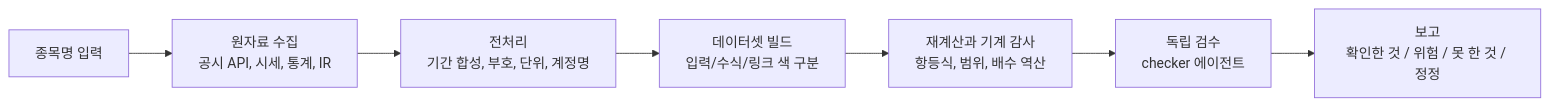
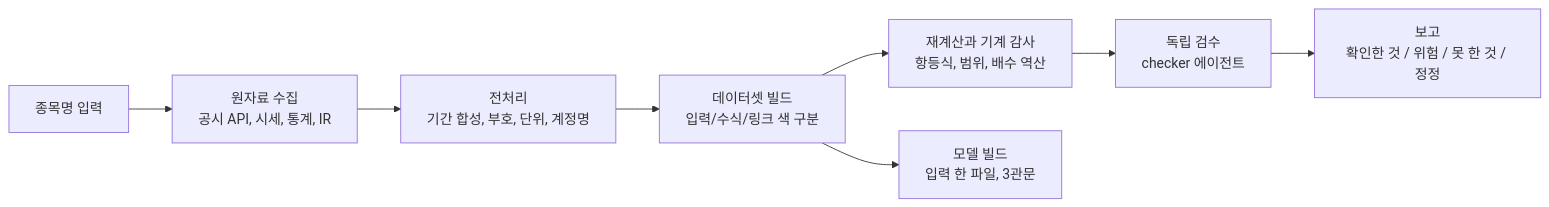
One commit to dhpark19955-code/claude-code-data-portfolio changed the diagram in README.md. Above: the diagram before and after it, drawn with Mermaid. The commit also changed other lines of this file and 40 other files, not shown here.

````diff
--- a/README.md
+++ b/README.md
@@ -22,9 +33,10 @@
 ```mermaid
 flowchart LR
     A[종목명 입력] --> B[원자료 수집<br>공시 API, 시세, 통계, IR]
     B --> C[전처리<br>기간 합성, 부호, 단위, 계정명]
     C --> D[데이터셋 빌드<br>입력/수식/링크 색 구분]
     D --> E[재계산과 기계 감사<br>항등식, 범위, 배수 역산]
     E --> F[독립 검수<br>checker 에이전트]
     F --> G[보고<br>확인한 것 / 위험 / 못 한 것 / 정정]
+    D --> H[모델 빌드<br>입력 한 파일, 3관문]
 ```
````
